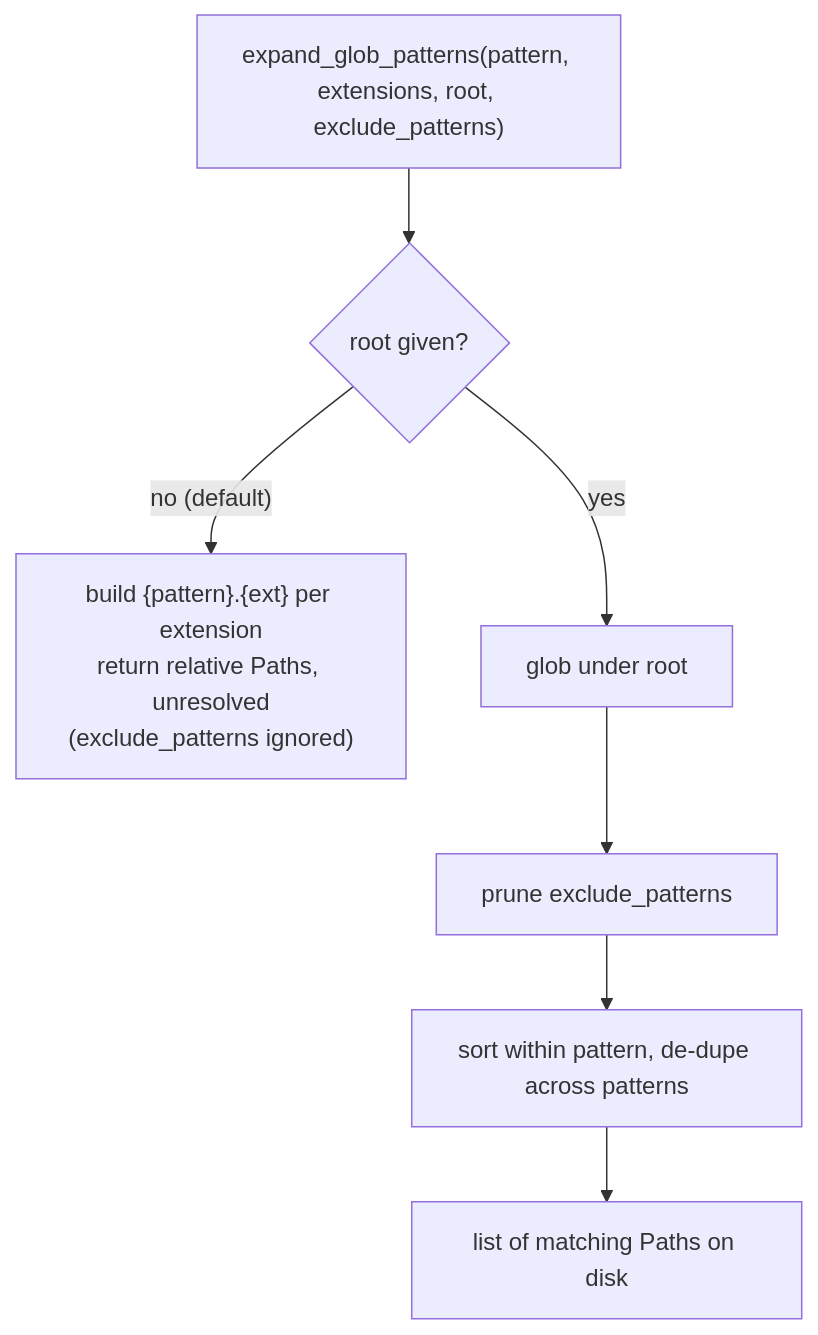
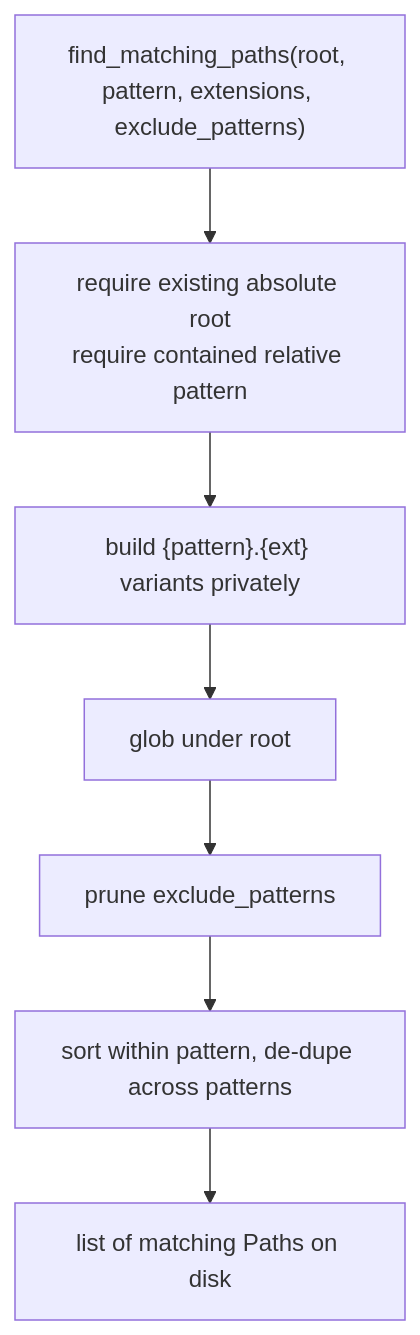
One commit to kopecn/py-foundationTools changed the ninth of 11 diagrams in docs/foundation_tools.md. Above: the diagram before and after it, drawn with Mermaid. The commit also changed other lines of this file and 4 other files, not shown here.

````diff
--- a/docs/foundation_tools.md
+++ b/docs/foundation_tools.md
@@ -313,9 +312,9 @@
 ```mermaid
 flowchart TD
-    CALL["expand_glob_patterns(pattern, extensions, root, exclude_patterns)"] --> ROOT{"root given?"}
-    ROOT -->|"no (default)"| PURE["build {pattern}.{ext} per extension<br/>return relative Paths, unresolved<br/>(exclude_patterns ignored)"]
-    ROOT -->|yes| RESOLVE["glob under root"]
+    CALL["find_matching_paths(root, pattern, extensions, exclude_patterns)"] --> VALIDATE["require existing absolute root<br/>require contained relative pattern"]
+    VALIDATE --> BUILD["build {pattern}.{ext} variants privately"]
+    BUILD --> RESOLVE["glob under root"]
     RESOLVE --> PRUNE["prune exclude_patterns"]
     PRUNE --> SORT["sort within pattern, de-dupe across patterns"]
     SORT --> OUT["list of matching Paths on disk"]
 ```
````
